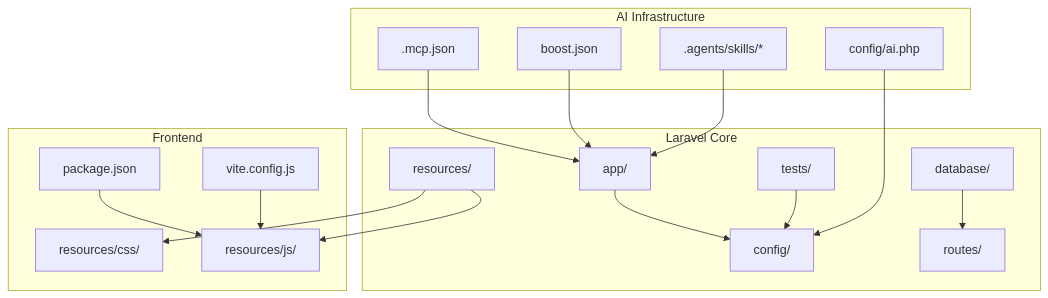
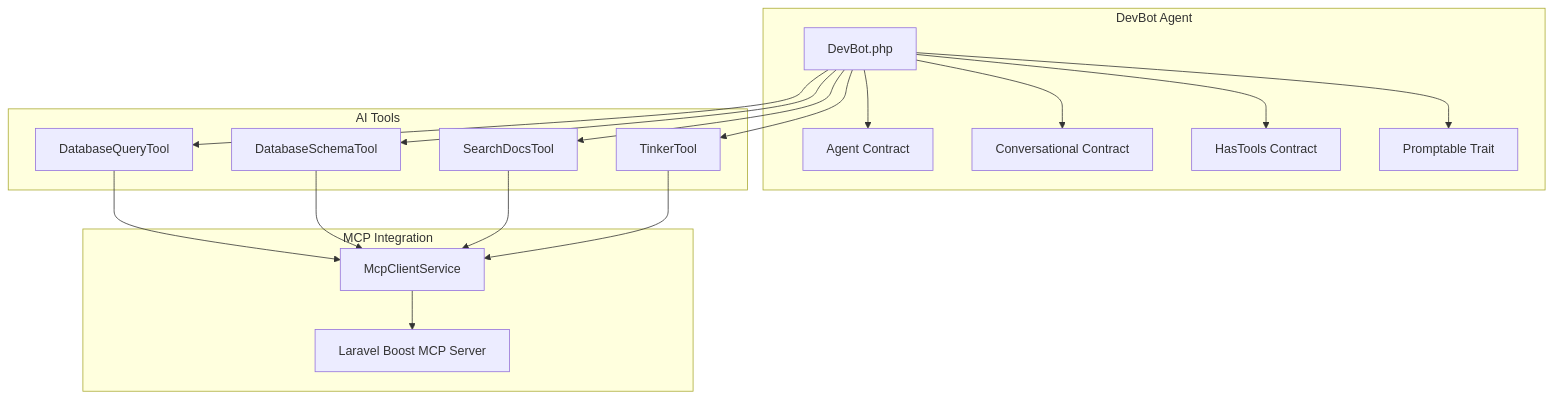
Before and after one commit to siimliimand/laravel-assistant: the first of 2 diagrams in .qoder/repowiki/en/content/Getting Started.md, drawn with Mermaid. The commit also changed other lines of this file and 7 other files, not shown here.

First line of the commit message:
feat(mcp-client): integrate MCP protocol client service for DevBot AI agent tools

````diff
--- a/.qoder/repowiki/en/content/Getting Started.md
+++ b/.qoder/repowiki/en/content/Getting Started.md
@@ -54,34 +484,33 @@
 ```mermaid
 graph TB
-subgraph "Laravel Core"
-A_App["app/"]
-A_Config["config/"]
-A_DB["database/"]
-A_Routes["routes/"]
-A_Resources["resources/"]
-A_Tests["tests/"]
+subgraph "DevBot Agent"
+A_DevBot["DevBot.php"]
+A_Agent["Agent Contract"]
+A_Conversational["Conversational Contract"]
+A_HasTools["HasTools Contract"]
+A_Promptable["Promptable Trait"]
 end
-subgraph "AI Infrastructure"
-AI_Config["config/ai.php"]
-MCP[".mcp.json"]
-BoostCfg["boost.json"]
-Skills[".agents/skills/*"]
+subgraph "AI Tools"
+T_Query["DatabaseQueryTool"]
+T_Schema["DatabaseSchemaTool"]
+T_Docs["SearchDocsTool"]
+T_Tinker["TinkerTool"]
 end
-subgraph "Frontend"
-Pkg["package.json"]
-Vite["vite.config.js"]
-CSS["resources/css/"]
-JS["resources/js/"]
+subgraph "MCP Integration"
+M_Client["McpClientService"]
+M_Server["Laravel Boost MCP Server"]
 end
-A_App --> A_Config
-A_DB --> A_Routes
-A_Resources --> CSS
-A_Resources --> JS
-A_Tests --> A_Config
-AI_Config --> A_Config
-MCP --> A_App
-BoostCfg --> A_App
-Skills --> A_App
-Pkg --> JS
-Vite --> JS
+A_DevBot --> A_Agent
+A_DevBot --> A_Conversational
+A_DevBot --> A_HasTools
+A_DevBot --> A_Promptable
+A_DevBot --> T_Query
+A_DevBot --> T_Schema
+A_DevBot --> T_Docs
+A_DevBot --> T_Tinker
+T_Query --> M_Client
+T_Schema --> M_Client
+T_Docs --> M_Client
+T_Tinker --> M_Client
+M_Client --> M_Server
 ```
````
